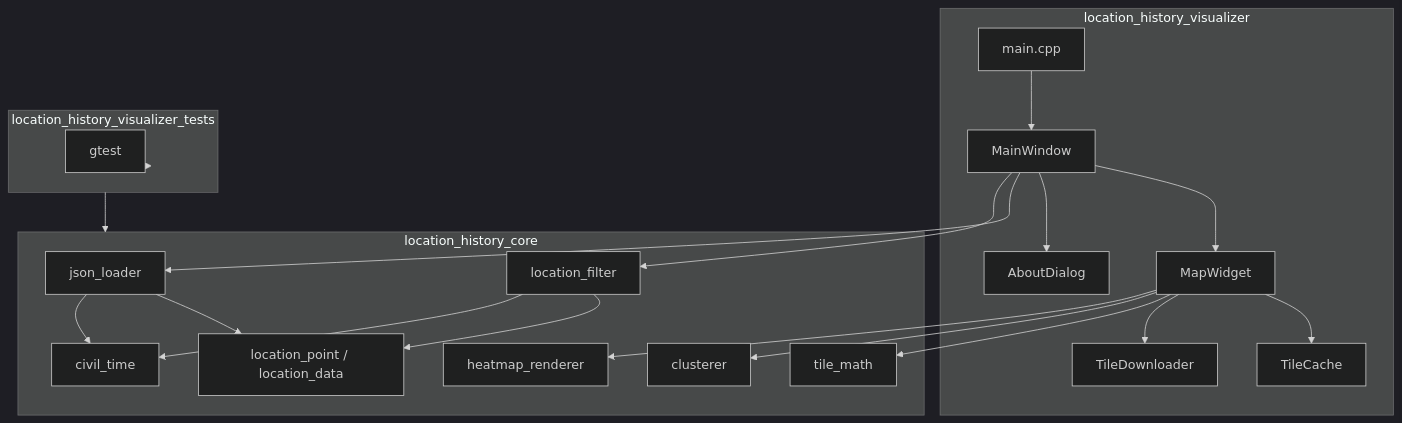
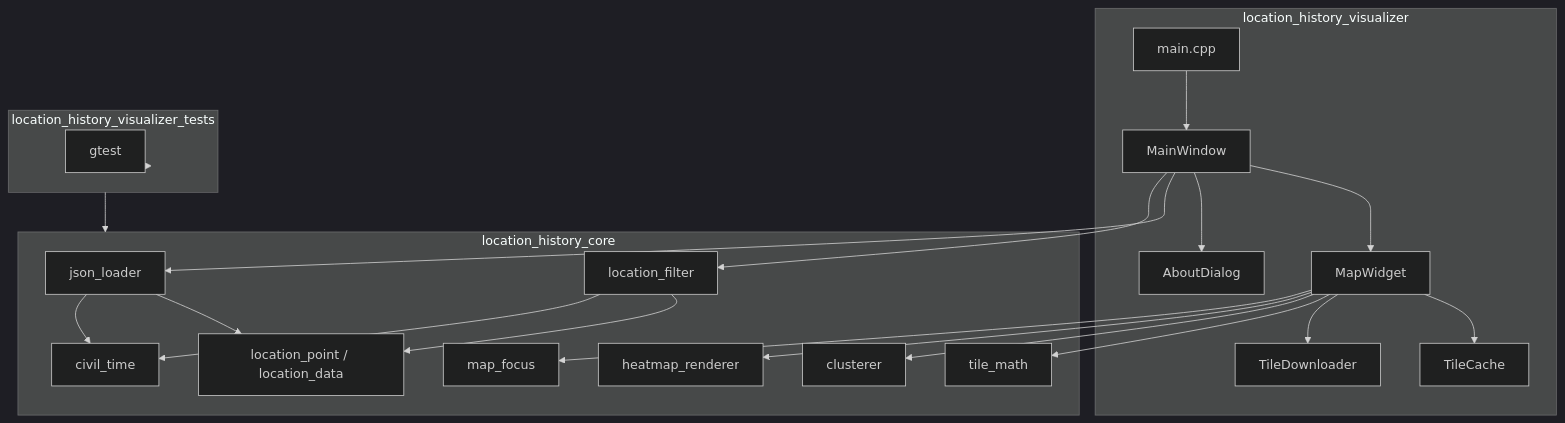
The first of 2 diagrams in doc/architecture.md (ViezTrinker/location-history-visualizer), drawn with Mermaid (dark theme) before and after one commit. The commit also changed other lines of this file and 7 other files, not shown here.

````diff
--- a/doc/architecture.md
+++ b/doc/architecture.md
@@ -11,42 +11,44 @@
 ```mermaid
 flowchart TB
   subgraph app [location_history_visualizer]
     mainCpp[main.cpp]
     mainWindow[MainWindow]
     mapWidget[MapWidget]
     aboutDialog[AboutDialog]
     tileCache[TileCache]
     tileDownloader[TileDownloader]
   end
 
   subgraph core [location_history_core]
     jsonLoader[json_loader]
     filter[location_filter]
     civilTime[civil_time]
     tileMath[tile_math]
     clusterer[clusterer]
     heatmap[heatmap_renderer]
+    mapFocus[map_focus]
     dataModel[location_point / location_data]
   end
 
   subgraph tests [location_history_visualizer_tests]
     gtest[gtest]
   end
 
   mainCpp --> mainWindow
   mainWindow --> mapWidget
   mainWindow --> aboutDialog
   mainWindow --> jsonLoader
   mainWindow --> filter
   mapWidget --> tileCache
   mapWidget --> tileDownloader
   mapWidget --> tileMath
   mapWidget --> clusterer
   mapWidget --> heatmap
+  mapWidget --> mapFocus
   jsonLoader --> dataModel
   jsonLoader --> civilTime
   filter --> dataModel
   filter --> civilTime
   tests --> core
   tests --> gtest
 ```
````
